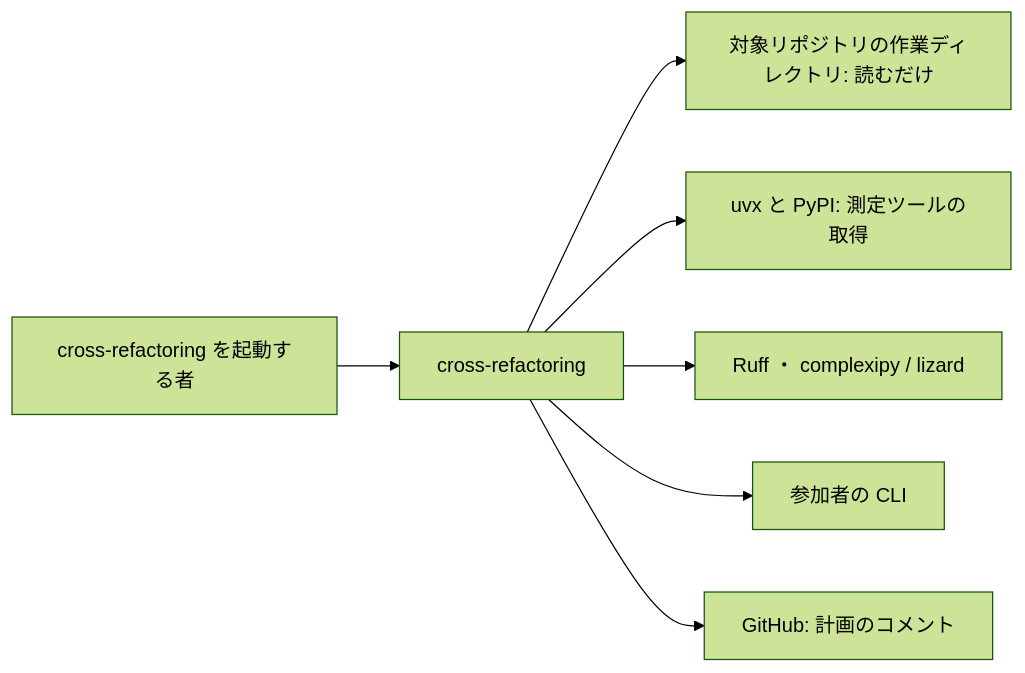
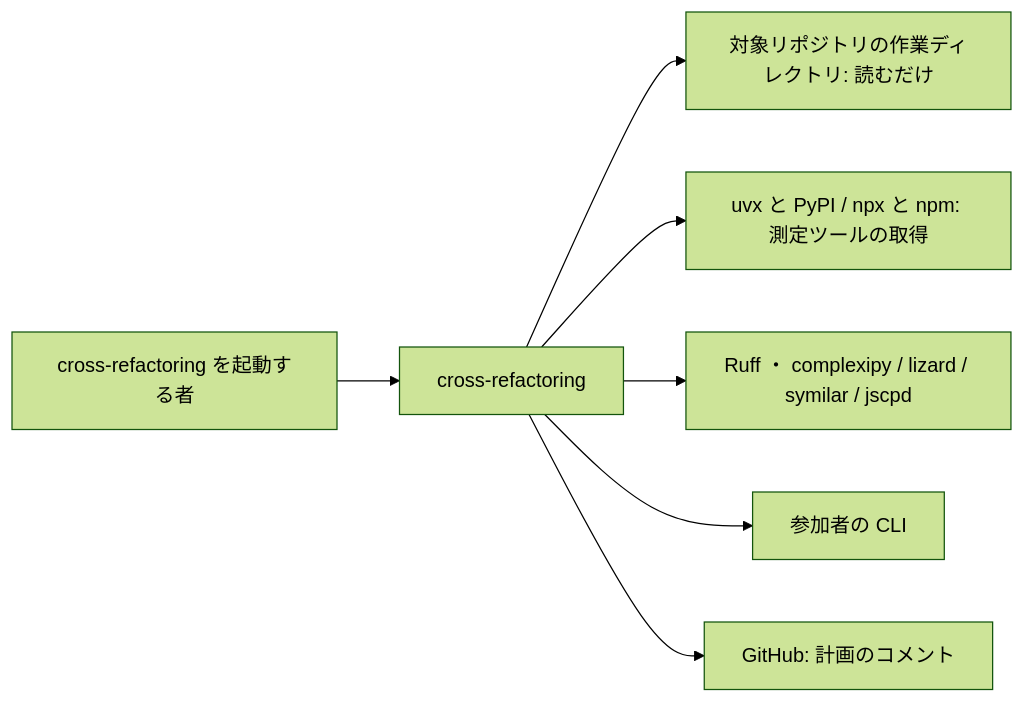
Before and after one commit to devbasex/ai-plugins: the second of 7 diagrams in issues/issue-1319-design.md, drawn with Mermaid (forest theme). The commit also changed other lines of this file and 2 other files, not shown here.

First line of the commit message:
Update: #1319 の設計に重複検出（pylint と jscpd）を足す

````diff
--- a/issues/issue-1319-design.md
+++ b/issues/issue-1319-design.md
@@ -157,9 +164,9 @@
 ```mermaid
 graph LR
     起動者[cross-refactoring を起動する者] --> 本体[cross-refactoring]
     本体 --> 対象[対象リポジトリの作業ディレクトリ: 読むだけ]
-    本体 --> uv[uvx と PyPI: 測定ツールの取得]
-    本体 --> ツール[Ruff ・ complexipy / lizard]
+    本体 --> uv[uvx と PyPI / npx と npm: 測定ツールの取得]
+    本体 --> ツール[Ruff ・ complexipy / lizard / symilar / jscpd]
     本体 --> 参加者[参加者の CLI]
     本体 --> GH[GitHub: 計画のコメント]
 ```
````
